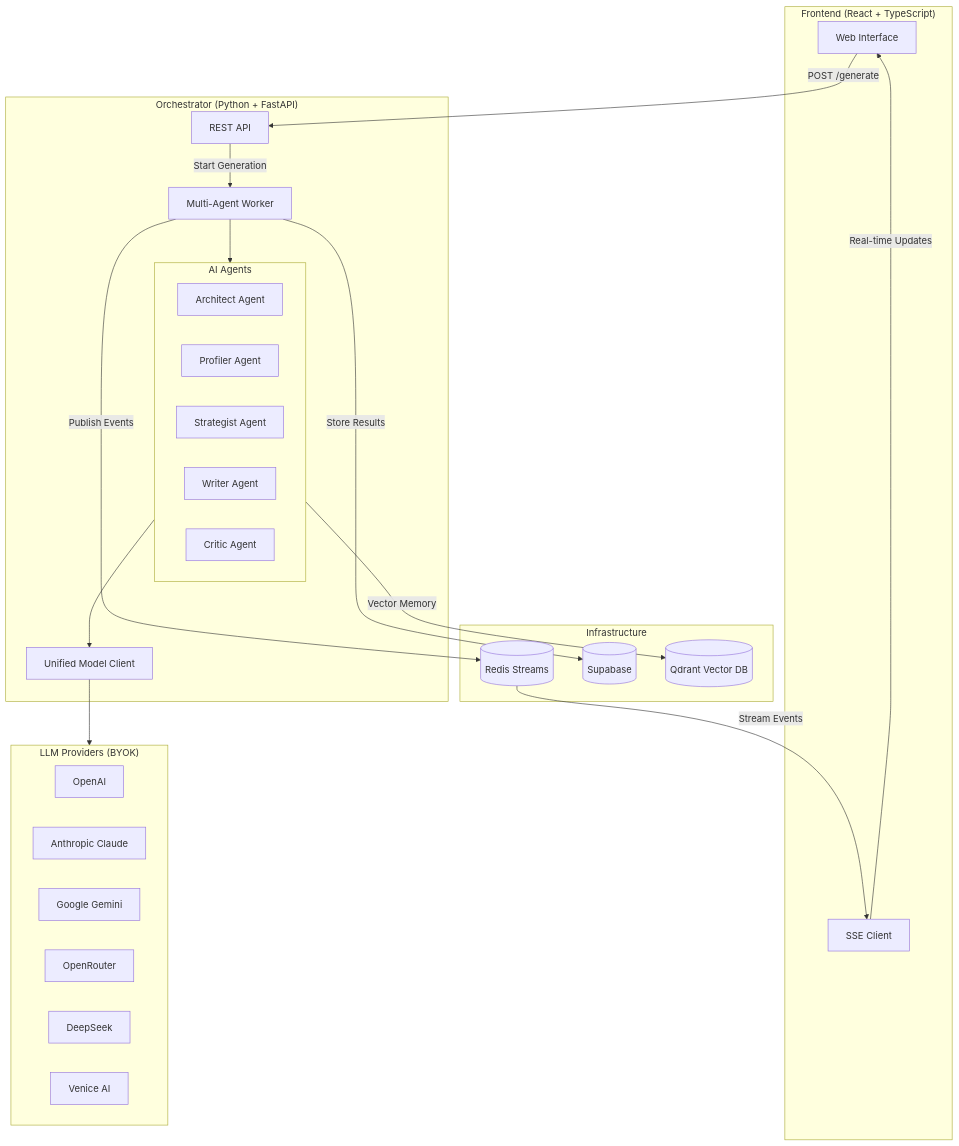
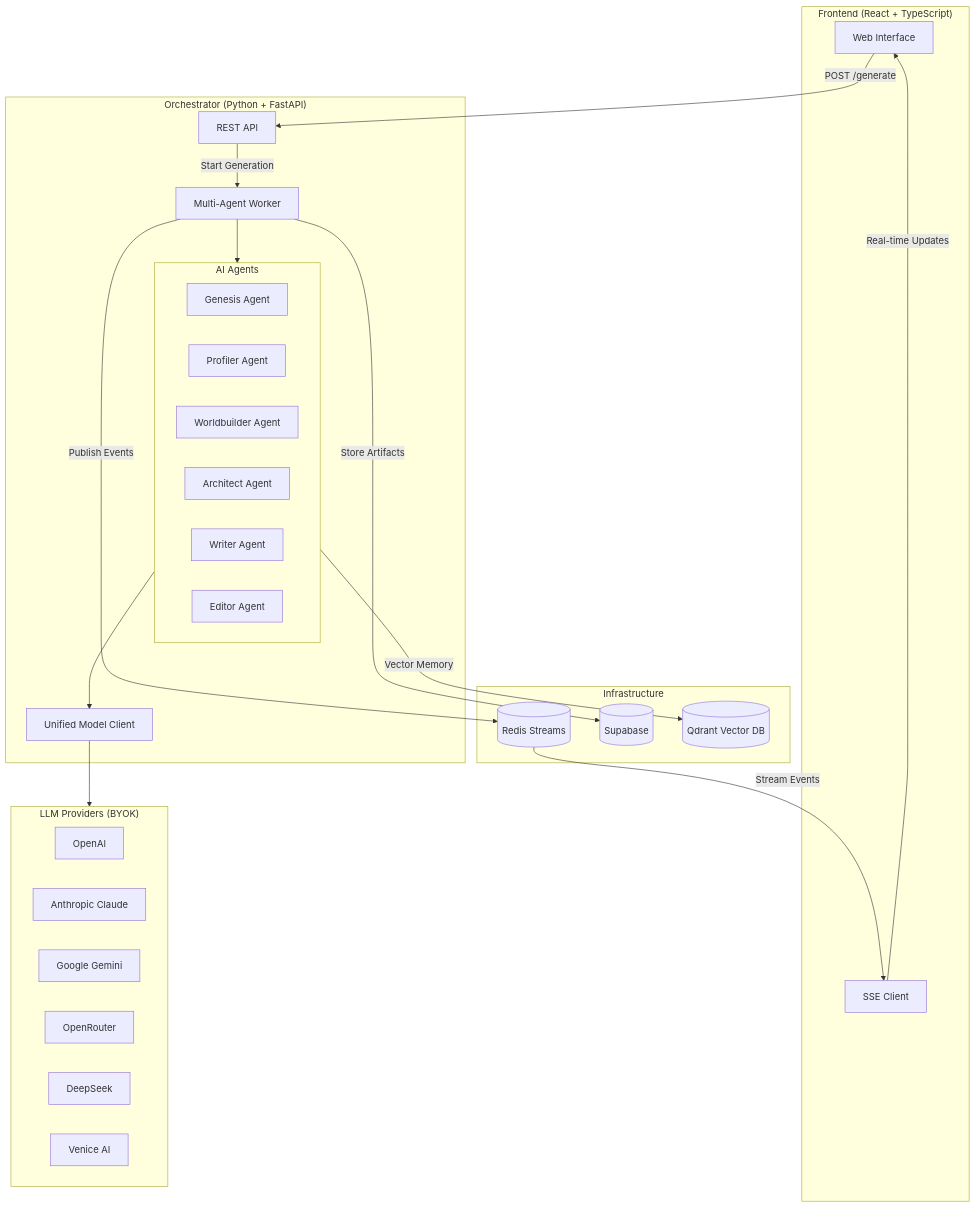
Before and after one commit to IShalkin/manoe: the first of 2 diagrams in README.md, drawn with Mermaid. The commit also changed other lines of this file, not shown here.

````diff
--- a/README.md
+++ b/README.md
@@ -7,50 +12,51 @@
 ```mermaid
 flowchart TB
     subgraph Client["Frontend (React + TypeScript)"]
         UI[Web Interface]
         SSE[SSE Client]
     end
 
     subgraph Orchestrator["Orchestrator (Python + FastAPI)"]
         API[REST API]
         Worker[Multi-Agent Worker]
         
         subgraph Agents["AI Agents"]
+            Genesis[Genesis Agent]
+            Profiler[Profiler Agent]
+            Worldbuilder[Worldbuilder Agent]
             Architect[Architect Agent]
-            Profiler[Profiler Agent]
-            Strategist[Strategist Agent]
             Writer[Writer Agent]
-            Critic[Critic Agent]
+            Editor[Editor Agent]
         end
         
         ModelClient[Unified Model Client]
     end
 
     subgraph Infrastructure["Infrastructure"]
         Redis[(Redis Streams)]
         Supabase[(Supabase)]
         Qdrant[(Qdrant Vector DB)]
     end
 
     subgraph LLMProviders["LLM Providers (BYOK)"]
         OpenAI[OpenAI]
         Anthropic[Anthropic Claude]
         Gemini[Google Gemini]
         OpenRouter[OpenRouter]
         DeepSeek[DeepSeek]
         Venice[Venice AI]
     end
 
     UI -->|POST /generate| API
     API -->|Start Generation| Worker
     Worker --> Agents
     Agents --> ModelClient
     ModelClient --> LLMProviders
     
     Worker -->|Publish Events| Redis
     Redis -->|Stream Events| SSE
     SSE -->|Real-time Updates| UI
     
-    Worker -->|Store Results| Supabase
+    Worker -->|Store Artifacts| Supabase
     Agents -->|Vector Memory| Qdrant
 ```
````
